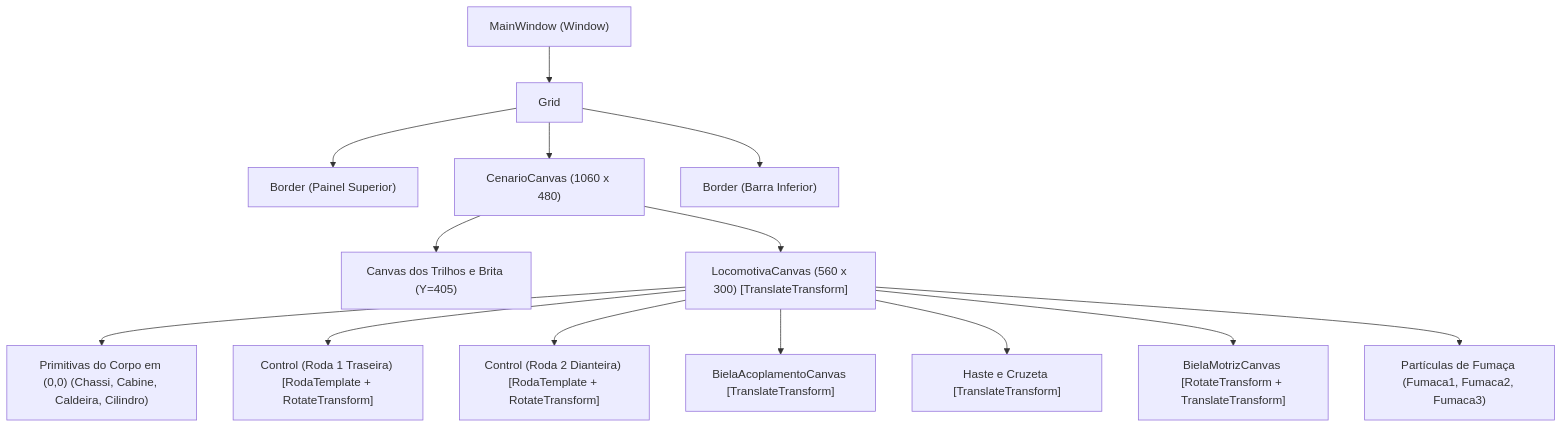
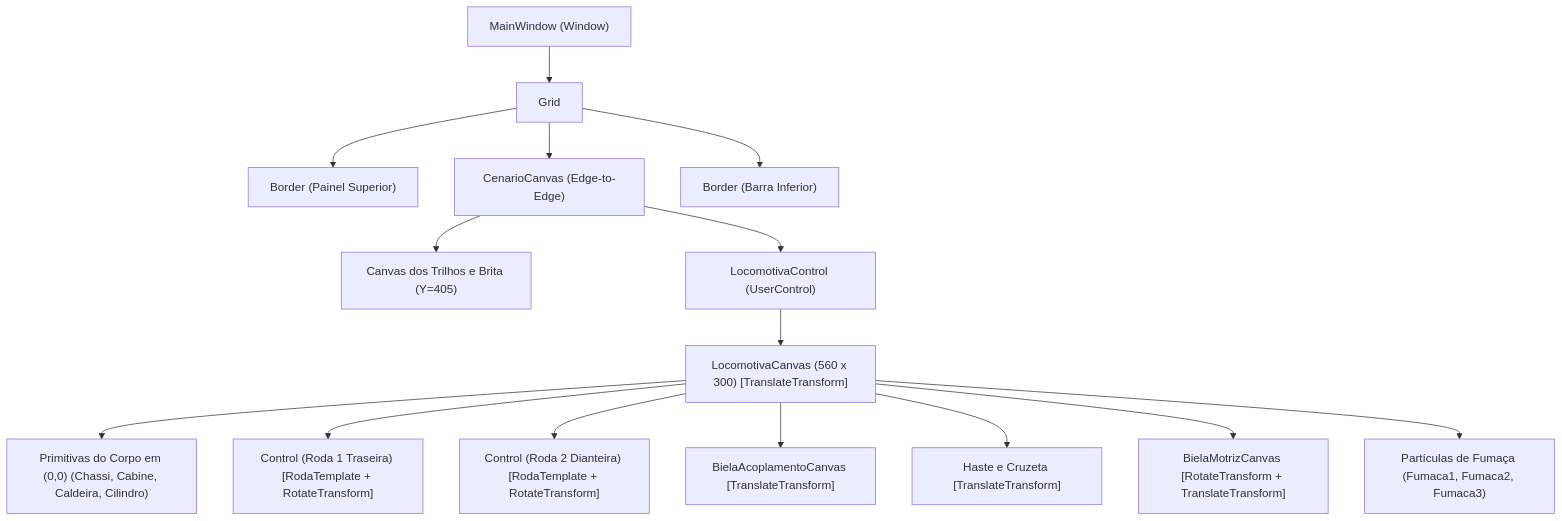
Before and after one commit to Gabriel-Freitas-S/PI_T1: the diagram in wiki/Arquitetura-e-Visao-Geral.md, drawn with Mermaid. The commit also changed other lines of this file and 18 other files, not shown here.

````diff
--- a/wiki/Arquitetura-e-Visao-Geral.md
+++ b/wiki/Arquitetura-e-Visao-Geral.md
@@ -90,18 +90,19 @@
 ```mermaid
 graph TD
     Window["MainWindow (Window)"] --> GridRoot["Grid"]
     GridRoot --> Header["Border (Painel Superior)"]
-    GridRoot --> CenarioCanvas["CenarioCanvas (1060 x 480)"]
+    GridRoot --> CenarioCanvas["CenarioCanvas (Edge-to-Edge)"]
     GridRoot --> Footer["Border (Barra Inferior)"]
     
     CenarioCanvas --> Rails["Canvas dos Trilhos e Brita (Y=405)"]
-    CenarioCanvas --> LocomotivaCanvas["LocomotivaCanvas (560 x 300) [TranslateTransform]"]
+    CenarioCanvas --> LocomotivaControl["LocomotivaControl (UserControl)"]
     
+    LocomotivaControl --> LocomotivaCanvas["LocomotivaCanvas (560 x 300) [TranslateTransform]"]
     LocomotivaCanvas --> Shapes["Primitivas do Corpo em (0,0) (Chassi, Cabine, Caldeira, Cilindro)"]
     LocomotivaCanvas --> Wheel1["Control (Roda 1 Traseira) [RodaTemplate + RotateTransform]"]
     LocomotivaCanvas --> Wheel2["Control (Roda 2 Dianteira) [RodaTemplate + RotateTransform]"]
     LocomotivaCanvas --> BielaA["BielaAcoplamentoCanvas [TranslateTransform]"]
     LocomotivaCanvas --> CruzetaGroup["Haste e Cruzeta [TranslateTransform]"]
     LocomotivaCanvas --> BielaM["BielaMotrizCanvas [RotateTransform + TranslateTransform]"]
     LocomotivaCanvas --> SmokeGroup["Partículas de Fumaça (Fumaca1, Fumaca2, Fumaca3)"]
 ```
````
